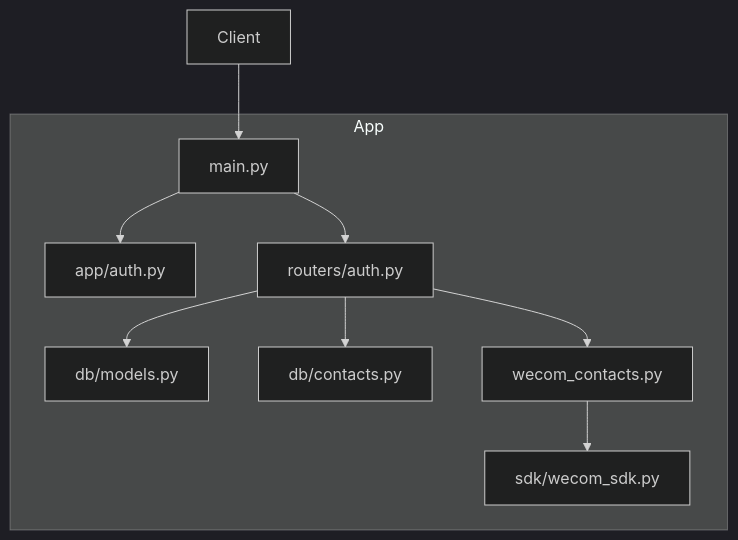
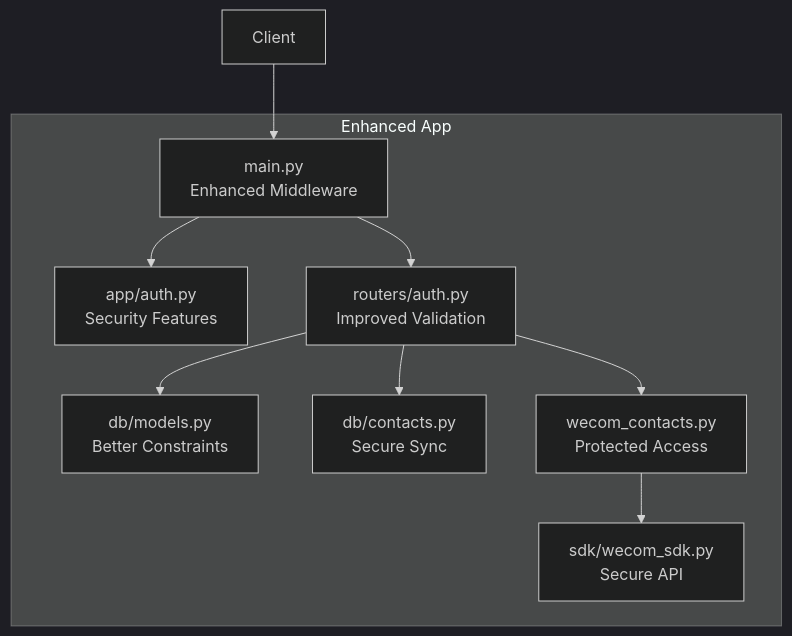
The first of 5 diagrams in .qoder/repowiki/en/content/Architecture/Web Application Architecture/Authentication & Authorization.md (zuohaisu/wecom-archive), drawn with Mermaid (dark theme) before and after one commit. The commit also changed other lines of this file and 148 other files, not shown here.

````diff
--- a/.qoder/repowiki/en/content/Architecture/Web Application Architecture/Authentication & Authorization.md
+++ b/.qoder/repowiki/en/content/Architecture/Web Application Architecture/Authentication & Authorization.md
@@ -41,19 +49,19 @@
 ```mermaid
 graph TB
-subgraph "App"
-Main["main.py"]
-AuthUtils["app/auth.py"]
-AuthRouter["routers/auth.py"]
-Models["db/models.py"]
-ContactsDB["db/contacts.py"]
-WecomContacts["wecom_contacts.py"]
-WecomSDK["sdk/wecom_sdk.py"]
+subgraph "Enhanced App"
+Main["main.py<br/>Enhanced Middleware"]
+AuthUtils["app/auth.py<br/>Security Features"]
+AuthRouter["routers/auth.py<br/>Improved Validation"]
+Models["db/models.py<br/>Better Constraints"]
+ContactsDB["db/contacts.py<br/>Secure Sync"]
+WecomContacts["wecom_contacts.py<br/>Protected Access"]
+WecomSDK["sdk/wecom_sdk.py<br/>Secure API"]
 end
 Client["Client"] --> Main
 Main --> AuthUtils
 Main --> AuthRouter
 AuthRouter --> Models
 AuthRouter --> ContactsDB
 AuthRouter --> WecomContacts
 WecomContacts --> WecomSDK
 ```
````
